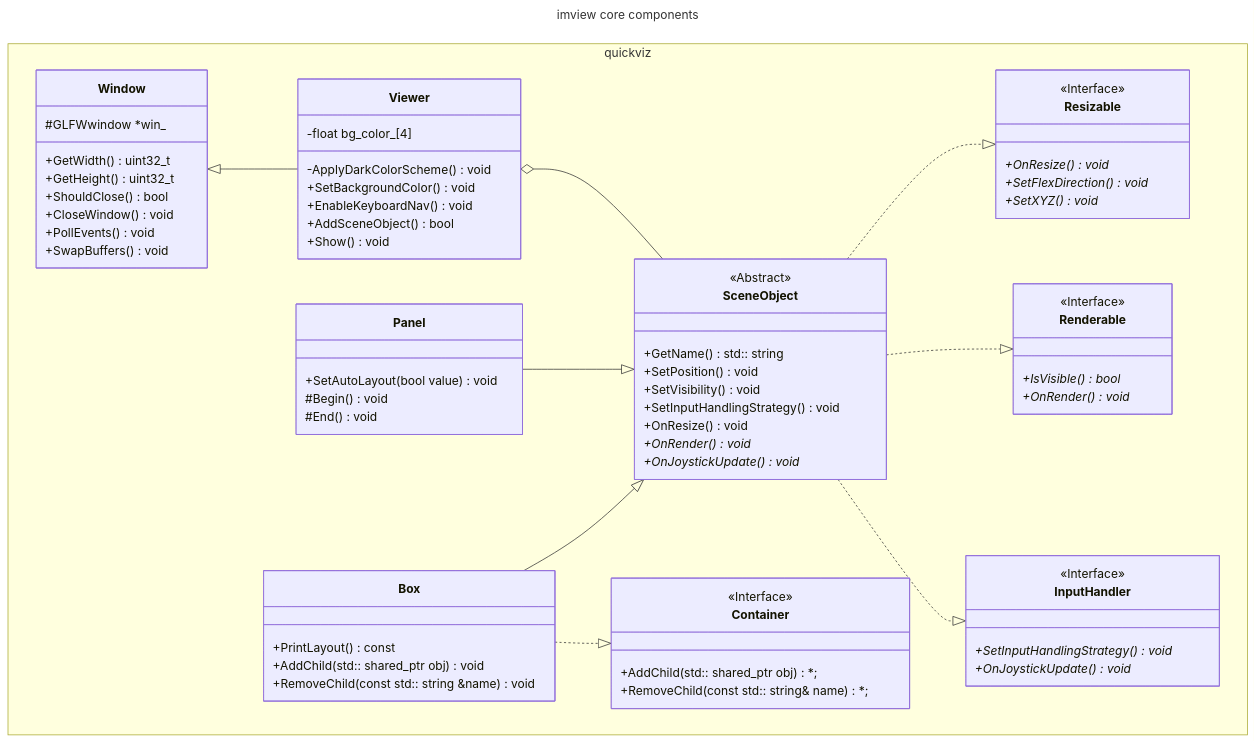
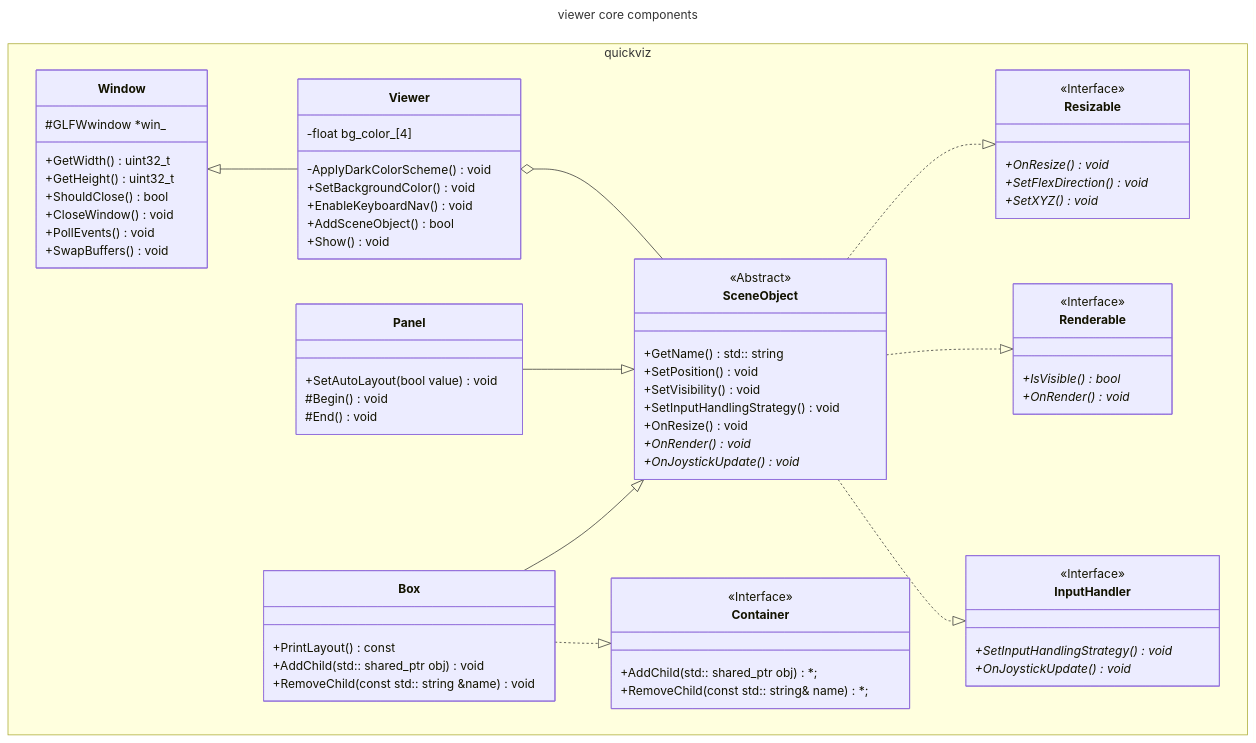
Before and after one commit to rxdu/quickviz: the diagram in docs/imview_design.md, drawn with Mermaid. The commit also changed other lines of this file and 205 other files, not shown here.

First line of the commit message:
refactor: rename imview module to viewer

````diff
--- a/docs/imview_design.md
+++ b/docs/imview_design.md
@@ -15,74 +15,74 @@
 ```mermaid
 ---
-title: imview core components
+title: viewer core components
 ---
 classDiagram
     Window <|-- Viewer
     Viewer o-- SceneObject
     Panel --|> SceneObject
     Box --|> SceneObject
     Box ..|> Container
     SceneObject ..|> Resizable
     SceneObject ..|> Renderable
     SceneObject ..|> InputHandler
     namespace quickviz {
         class Window {
             #GLFWwindow *win_
             +GetWidth() uint32_t
             +GetHeight() uint32_t
             +ShouldClose() bool
             +CloseWindow() void
             +PollEvents() void
             +SwapBuffers() void
         }
         class Viewer {
             -float bg_color_[4]
             -ApplyDarkColorScheme() void
             +SetBackgroundColor() void
             +EnableKeyboardNav() void
             +AddSceneObject() bool
             +Show() void
         }
         class Renderable {
             <<Interface>>
             +IsVisible() bool *
             +OnRender() void *
         }
         class Resizable {
             <<Interface>>
             +OnResize() void *
             +SetFlexDirection() void *
             +SetXYZ() void *
         }
         class InputHandler {
             <<Interface>>
             +SetInputHandlingStrategy() void *
             +OnJoystickUpdate() void *
         }
         class Container {
             <<Interface>>
             +AddChild(std:: shared_ptr<SceneObject> obj) *;
             +RemoveChild(const std:: string& name) *;
         }
         class SceneObject {
             <<Abstract>>
             +GetName() std:: string
             +SetPosition() void
             +SetVisibility() void
             +SetInputHandlingStrategy() void
             +OnResize() void
             +OnRender() void *
             +OnJoystickUpdate() void *
         }
         class Box {
             +PrintLayout() const
             +AddChild(std:: shared_ptr<SceneObject> obj) void
             +RemoveChild(const std:: string &name) void
         }
         class Panel {
             +SetAutoLayout(bool value) void
             #Begin() void
             #End() void
         }
     }
 ```
````
